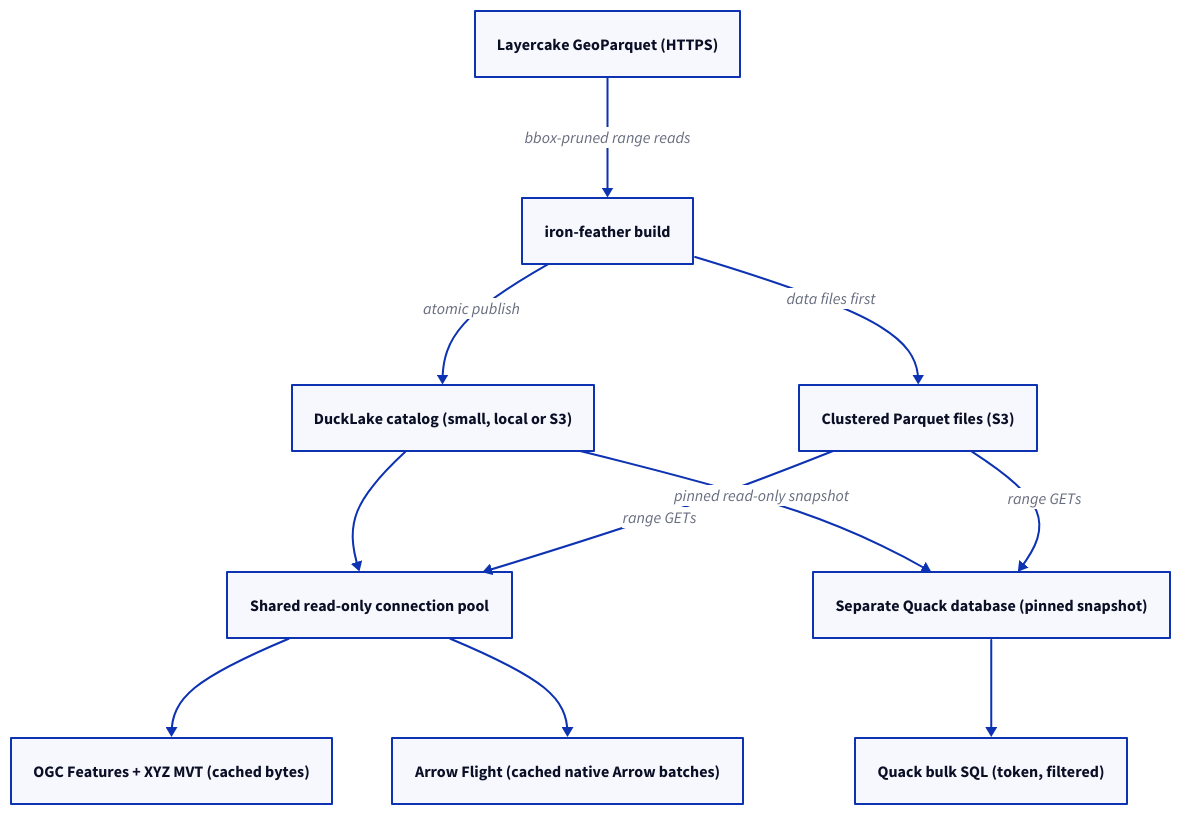
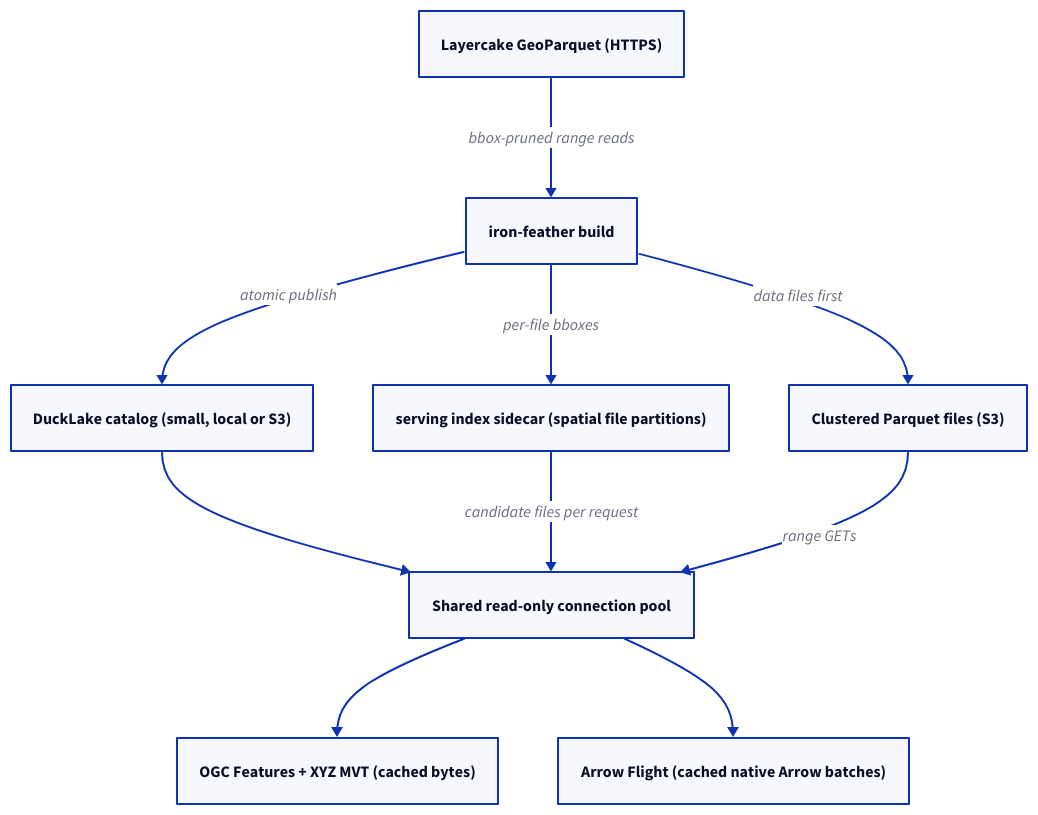
One commit to adonm/iron-feather changed the diagram in docs/arch.d2. Above: the diagram before and after it, drawn with D2. The commit also changed 29 other files, not shown here.

```diff
--- a/docs/arch.d2
+++ b/docs/arch.d2
@@ -1,21 +1,19 @@
 direction: down
 source: Layercake GeoParquet (HTTPS)
 build: iron-feather build
 catalog: DuckLake catalog (small, local or S3)
+index: serving index sidecar (spatial file partitions)
 parquet: Clustered Parquet files (S3)
 pool: Shared read-only connection pool
 http: OGC Features + XYZ MVT (cached bytes)
 flight: Arrow Flight (cached native Arrow batches)
-quackdb: Separate Quack database (pinned snapshot)
-quack: Quack bulk SQL (token, filtered)
 
 source -> build: bbox-pruned range reads
 build -> catalog: atomic publish
 build -> parquet: data files first
+build -> index: per-file bboxes
 catalog -> pool
+index -> pool: candidate files per request
 parquet -> pool: range GETs
 pool -> http
 pool -> flight
-catalog -> quackdb: pinned read-only snapshot
-parquet -> quackdb: range GETs
-quackdb -> quack
```
